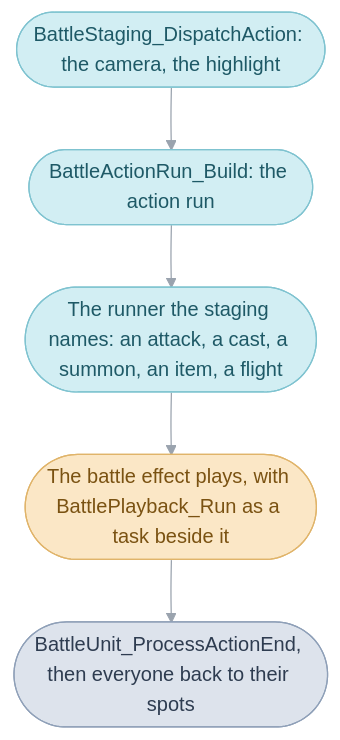
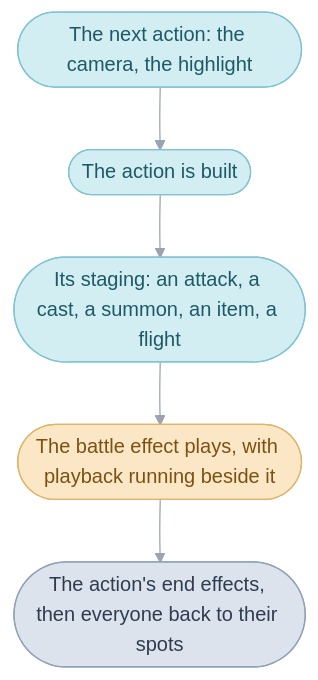
One commit to PascalPixel/alchemy changed the fourth of 7 diagrams in games/tbs/src/battle/README.md. Above: the diagram before and after it, drawn with Mermaid. The commit also changed other lines of this file and 21 other files, not shown here.

````diff
--- a/games/tbs/src/battle/README.md
+++ b/games/tbs/src/battle/README.md
@@ -536,14 +428,14 @@
 ```mermaid
 %%{init: {"theme": "base", "themeVariables": {"lineColor": "#9AA3AE", "edgeLabelBackground": "#FFFFFF"}, "flowchart": {"curve": "basis", "padding": 12}}}%%
 flowchart TD
-  dispatch(["BattleStaging_DispatchAction: the camera, the highlight"]) --> build(["BattleActionRun_Build: the action run"])
-  build --> runner(["The runner the staging names: an attack, a cast, a summon, an item, a flight"])
-  runner --> effect(["The battle effect plays, with BattlePlayback_Run as a task beside it"])
-  effect --> endOfAction(["BattleUnit_ProcessActionEnd, then everyone back to their spots"])
+  dispatch(["The next action: the camera, the highlight"]) --> build(["The action is built"])
+  build --> runner(["Its staging: an attack, a cast, a summon, an item, a flight"])
+  runner --> effect(["The battle effect plays, with playback running beside it"])
+  effect --> endOfAction(["The action's end effects, then everyone back to their spots"])
   classDef turn fill:#D2EEF3,stroke:#7FC3D0,color:#1E5966
   classDef frame fill:#FBE7C6,stroke:#E0B46A,color:#7A5212
   classDef out fill:#DDE3EC,stroke:#8FA0B8,color:#2E3C50
   class dispatch,build,runner turn
   class effect frame
   class endOfAction out
 ```
````
